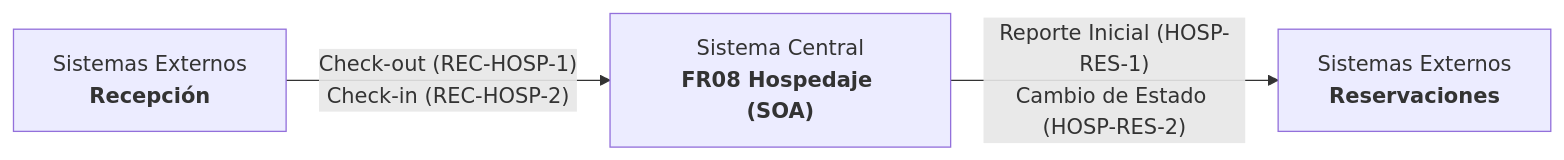
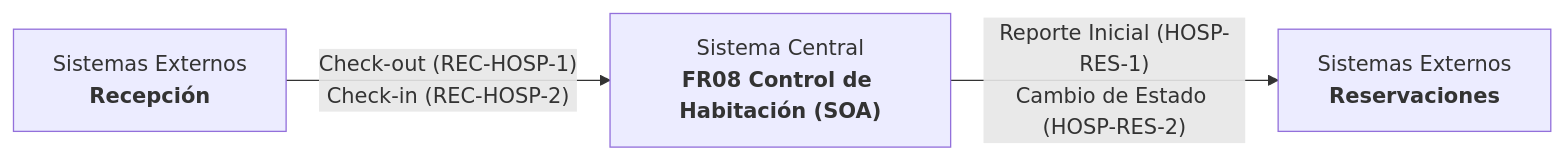
Before and after one commit to daniel02vazquez97-alt/control-habitacion: the first of 2 diagrams in docs/arquitectura.md, drawn with Mermaid. The commit also changed other lines of this file and 48 other files, not shown here.

First line of the commit message:
fix: renombrar a control-habitacion y dejar listo CI/CD

````diff
--- a/docs/arquitectura.md
+++ b/docs/arquitectura.md
@@ -13,9 +13,9 @@
 ```mermaid
 flowchart LR
     Recepcion["Sistemas Externos<br/><b>Recepción</b>"]
-    Hospedaje["Sistema Central<br/><b>FR08 Hospedaje (SOA)</b>"]
+    ControlHabitacion["Sistema Central<br/><b>FR08 Control de Habitación (SOA)</b>"]
     Reservaciones["Sistemas Externos<br/><b>Reservaciones</b>"]
 
-    Recepcion -->|"Check-out (REC-HOSP-1)<br/>Check-in (REC-HOSP-2)"| Hospedaje
-    Hospedaje -->|"Reporte Inicial (HOSP-RES-1)<br/>Cambio de Estado (HOSP-RES-2)"| Reservaciones
+    Recepcion -->|"Check-out (REC-HOSP-1)<br/>Check-in (REC-HOSP-2)"| ControlHabitacion
+    ControlHabitacion -->|"Reporte Inicial (HOSP-RES-1)<br/>Cambio de Estado (HOSP-RES-2)"| Reservaciones
 ```
````
